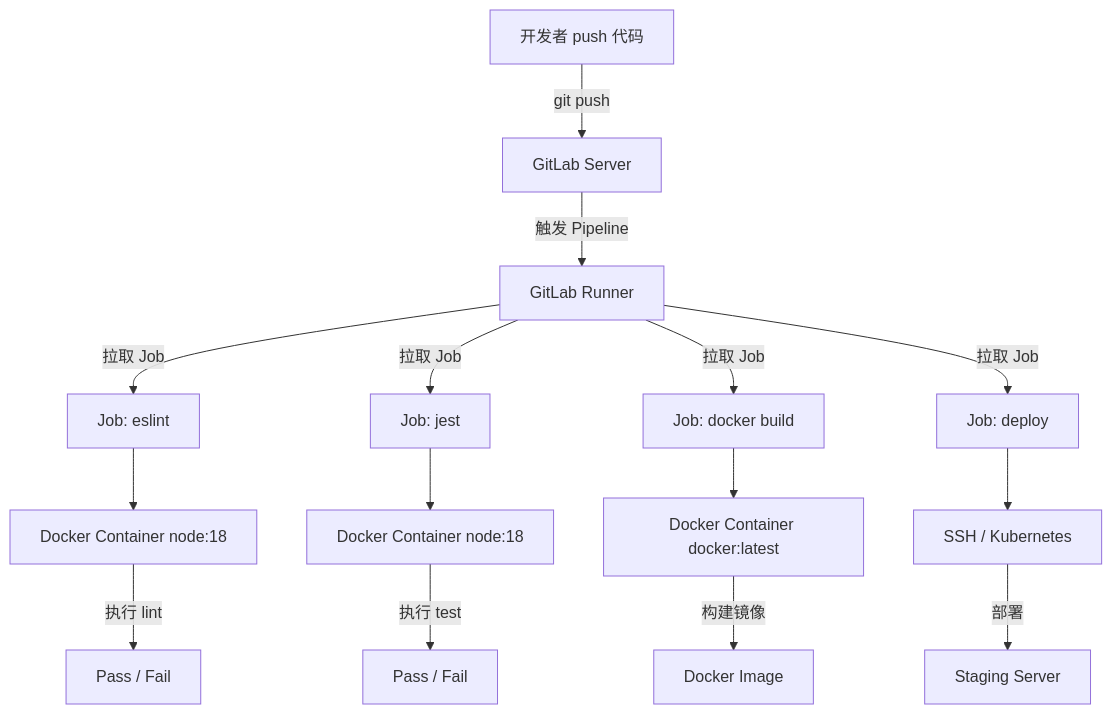
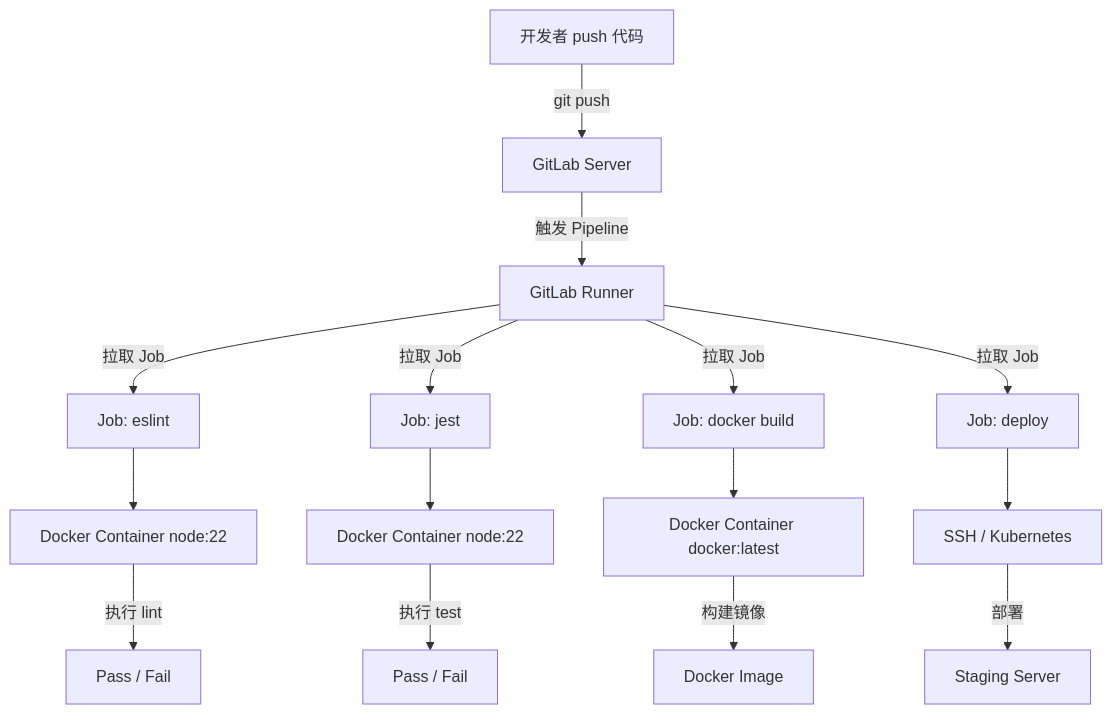
Before and after one commit to belos-street/kb-vault: the second of 4 diagrams in src/deploy/ci/doc/03-gitlab-ci.md, drawn with Mermaid. The commit also changed other lines of this file and 6 other files, not shown here.

````diff
--- a/src/deploy/ci/doc/03-gitlab-ci.md
+++ b/src/deploy/ci/doc/03-gitlab-ci.md
@@ -130,29 +130,29 @@
 ```mermaid
 flowchart TB
     User[开发者 push 代码]
     GitLab[GitLab Server]
     Runner[GitLab Runner]
     Job1[Job: eslint]
     Job2[Job: jest]
     Job3[Job: docker build]
     Job4[Job: deploy]
-    Container1[Docker Container node:18]
-    Container2[Docker Container node:18]
+    Container1[Docker Container node:22]
+    Container2[Docker Container node:22]
     Container3[Docker Container docker:latest]
     Container4[SSH / Kubernetes]
 
     User -->|git push| GitLab
     GitLab -->|触发 Pipeline| Runner
     Runner -->|拉取 Job| Job1
     Runner -->|拉取 Job| Job2
     Runner -->|拉取 Job| Job3
     Runner -->|拉取 Job| Job4
     Job1 --> Container1
     Job2 --> Container2
     Job3 --> Container3
     Job4 --> Container4
     Container1 -->|执行 lint| Result1[Pass / Fail]
     Container2 -->|执行 test| Result2[Pass / Fail]
     Container3 -->|构建镜像| Image[Docker Image]
     Container4 -->|部署| Target[Staging Server]
 ```
````
